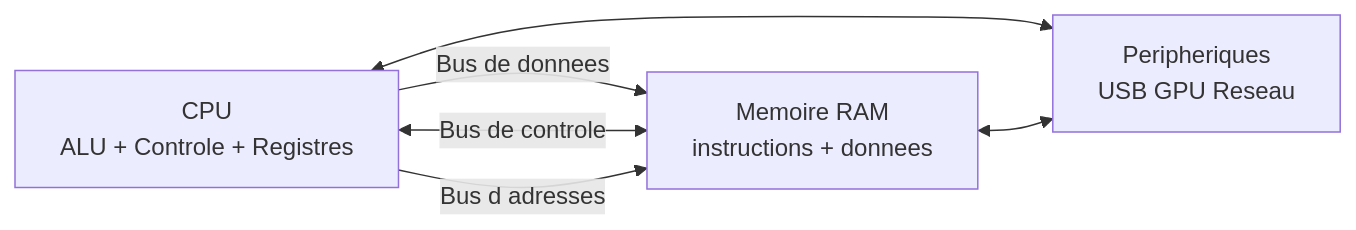
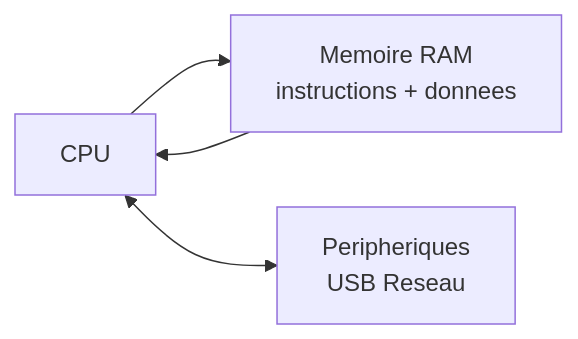
One commit to A-Jeaugey/revisions-NSI changed the first of 2 diagrams in docs/fiches/15_soc.md. Above: the diagram before and after it, drawn with Mermaid. The commit also changed other lines of this file and 25 other files, not shown here.

````diff
--- a/docs/fiches/15_soc.md
+++ b/docs/fiches/15_soc.md
@@ -160,8 +77,6 @@
 ```mermaid
 flowchart LR
-    CPU[CPU\nALU + Controle + Registres] -- Bus de donnees --> MEM[Memoire RAM\ninstructions + donnees]
-    CPU <-- Bus de controle --> MEM
-    CPU -- Bus d adresses --> MEM
-    CPU <--> IO[Peripheriques\nUSB GPU Reseau]
-    MEM <--> IO
+    CPU[CPU] --> MEM[Memoire RAM\ninstructions + donnees]
+    MEM --> CPU
+    CPU <--> IO[Peripheriques\nUSB Reseau]
 ```
````
